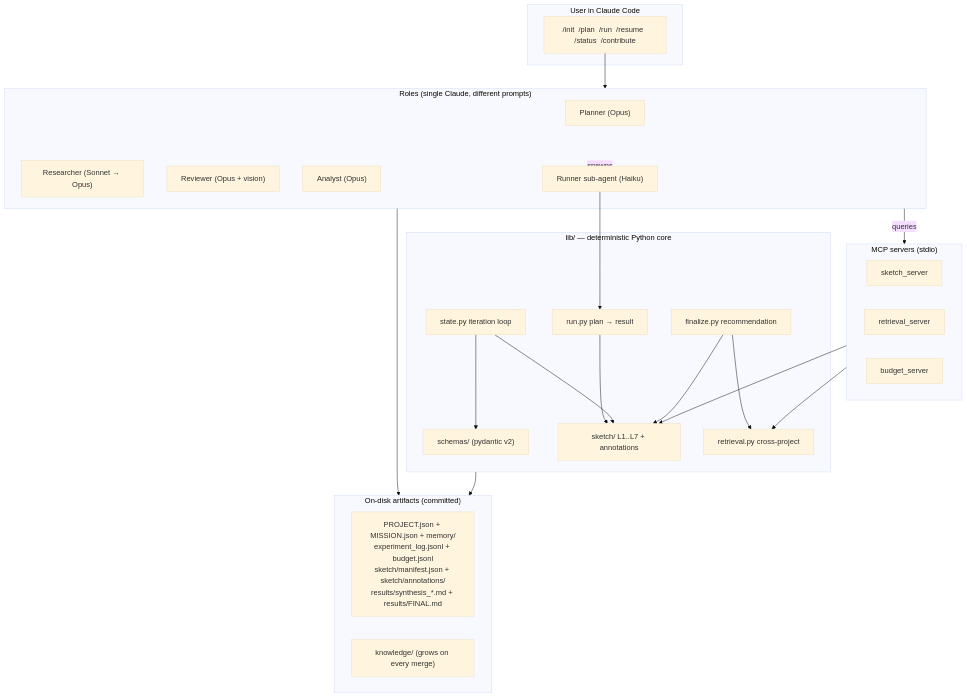
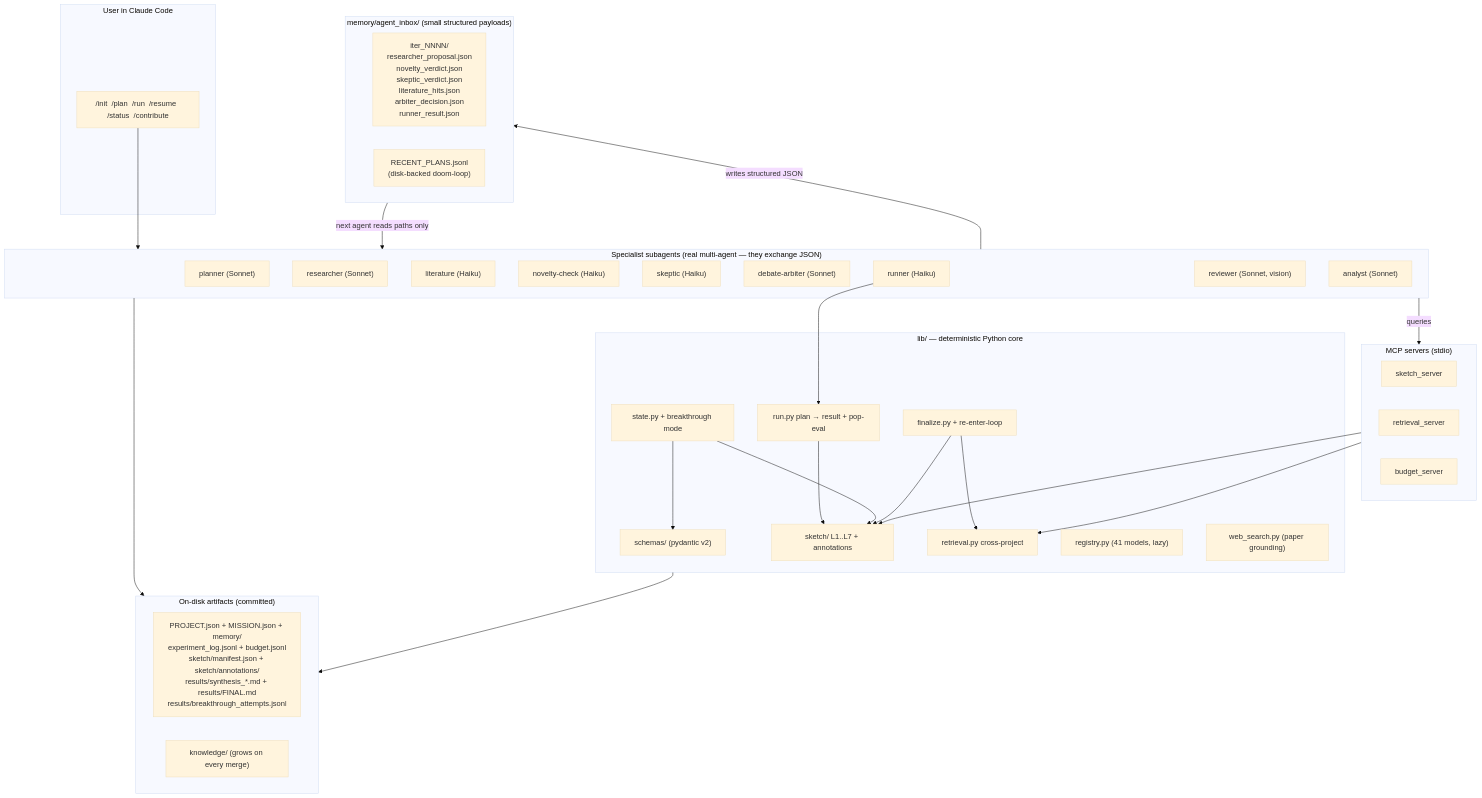
One commit to Faizan-SID26/AgenticEDAModellingTool changed the first of 6 diagrams in README.md. Above: the diagram before and after it, drawn with Mermaid (base theme). The commit also changed other lines of this file and 30 other files, not shown here.

````diff
--- a/README.md
+++ b/README.md
@@ -70,48 +77,60 @@
 ```mermaid
 flowchart TB
     subgraph User["User in Claude Code"]
         SC["/init  /plan  /run  /resume  /status  /contribute"]
     end
 
-    subgraph Roles["Roles (single Claude, different prompts)"]
-        Planner["Planner (Opus)"]
-        Researcher["Researcher (Sonnet → Opus)"]
-        Reviewer["Reviewer (Opus + vision)"]
-        Analyst["Analyst (Opus)"]
-        Runner["Runner sub-agent (Haiku)"]
+    subgraph Agents["Specialist subagents (real multi-agent — they exchange JSON)"]
+        Planner["planner (Sonnet)"]
+        Researcher["researcher (Sonnet)"]
+        Literature["literature (Haiku)"]
+        Novelty["novelty-check (Haiku)"]
+        Skeptic["skeptic (Haiku)"]
+        Arbiter["debate-arbiter (Sonnet)"]
+        Runner["runner (Haiku)"]
+        Reviewer["reviewer (Sonnet, vision)"]
+        Analyst["analyst (Sonnet)"]
+    end
+
+    subgraph Inbox["memory/agent_inbox/ (small structured payloads)"]
+        IboxIter["iter_NNNN/<br/>researcher_proposal.json<br/>novelty_verdict.json<br/>skeptic_verdict.json<br/>literature_hits.json<br/>arbiter_decision.json<br/>runner_result.json"]
+        Recent["RECENT_PLANS.jsonl<br/>(disk-backed doom-loop)"]
     end
 
     subgraph Core["lib/ — deterministic Python core"]
         Schemas["schemas/ (pydantic v2)"]
         Sketch["sketch/ L1..L7 + annotations"]
-        State["state.py iteration loop"]
-        RunPy["run.py plan → result"]
-        Finalize["finalize.py recommendation"]
+        State["state.py + breakthrough mode"]
+        RunPy["run.py plan → result + pop-eval"]
+        Finalize["finalize.py + re-enter-loop"]
         Retrieval["retrieval.py cross-project"]
+        Registry["registry.py (41 models, lazy)"]
+        Web["web_search.py (paper grounding)"]
     end
 
     subgraph MCP["MCP servers (stdio)"]
         SketchSrv["sketch_server"]
         RetrievalSrv["retrieval_server"]
         BudgetSrv["budget_server"]
     end
 
     subgraph Disk["On-disk artifacts (committed)"]
-        ProjJ["PROJECT.json + MISSION.json + memory/<br/>experiment_log.jsonl + budget.jsonl<br/>sketch/manifest.json + sketch/annotations/<br/>results/synthesis_*.md + results/FINAL.md"]
+        ProjJ["PROJECT.json + MISSION.json + memory/<br/>experiment_log.jsonl + budget.jsonl<br/>sketch/manifest.json + sketch/annotations/<br/>results/synthesis_*.md + results/FINAL.md<br/>results/breakthrough_attempts.jsonl"]
         Knowledge["knowledge/ (grows on every merge)"]
     end
 
-    SC --> Roles
-    Roles -- queries --> MCP
+    SC --> Agents
+    Agents -- "writes structured JSON" --> Inbox
+    Inbox -- "next agent reads paths only" --> Agents
+    Agents -- queries --> MCP
     MCP --> Sketch
     MCP --> Retrieval
-    Roles -- spawns --> Runner
     Runner --> RunPy
     RunPy --> Sketch
     State --> Sketch
     State --> Schemas
     Finalize --> Sketch
     Finalize --> Retrieval
-    Roles --> Disk
+    Agents --> Disk
     Core --> Disk
 ```
````
